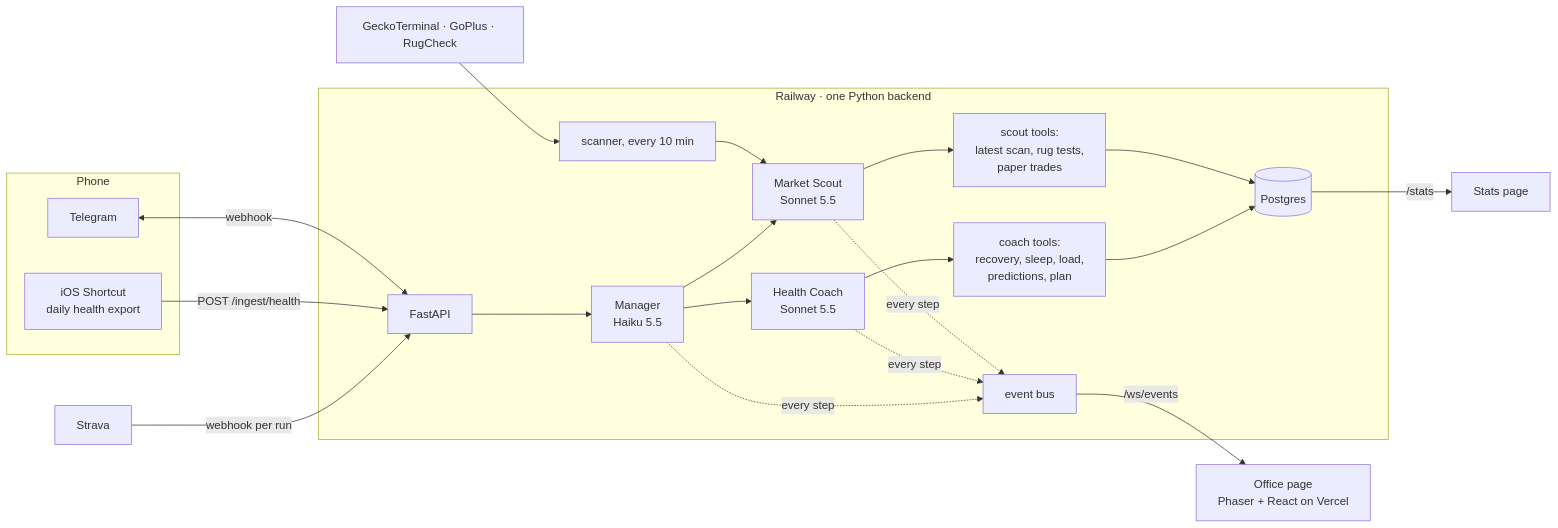
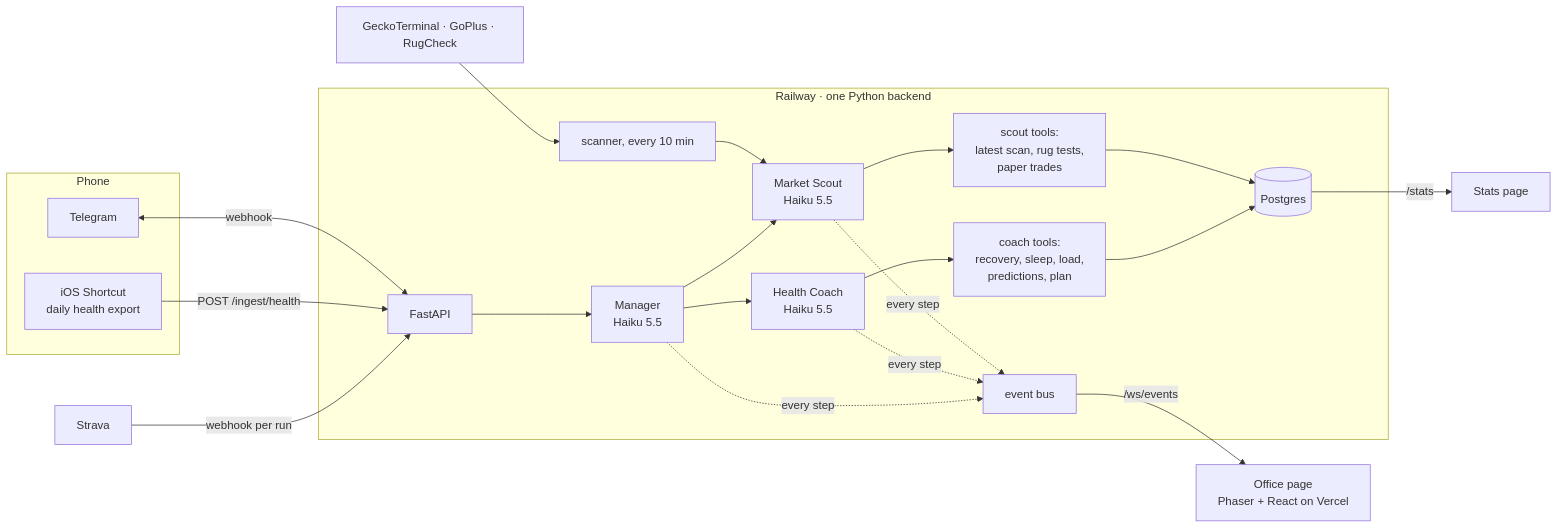
Before and after one commit to JonasMog9/agent-office: the diagram in README.md, drawn with Mermaid. The commit also changed other lines of this file and 12 other files, not shown here.

````diff
--- a/README.md
+++ b/README.md
@@ -16,23 +16,23 @@
 ```mermaid
 flowchart LR
   subgraph Phone
     SC[iOS Shortcut<br/>daily health export]
     TG[Telegram]
   end
   ST[Strava] -- webhook per run --> API
   SC -- POST /ingest/health --> API
   TG <-- webhook --> API
   subgraph Railway["Railway · one Python backend"]
     API[FastAPI] --> M[Manager<br/>Haiku 5.5]
-    M --> HC[Health Coach<br/>Sonnet 5.5]
-    M --> MS[Market Scout<br/>Sonnet 5.5]
+    M --> HC[Health Coach<br/>Haiku 5.5]
+    M --> MS[Market Scout<br/>Haiku 5.5]
     HC --> T1[coach tools:<br/>recovery, sleep, load,<br/>predictions, plan]
     MS --> T2[scout tools:<br/>latest scan, rug tests,<br/>paper trades]
     SCAN[scanner, every 10 min] --> MS
     T1 & T2 --> DB[(Postgres)]
     M & HC & MS -. every step .-> BUS[event bus]
   end
   BUS -- /ws/events --> OF[Office page<br/>Phaser + React on Vercel]
   DB -- /stats --> SP[Stats page]
   MKT[GeckoTerminal · GoPlus · RugCheck] --> SCAN
 ```
````
